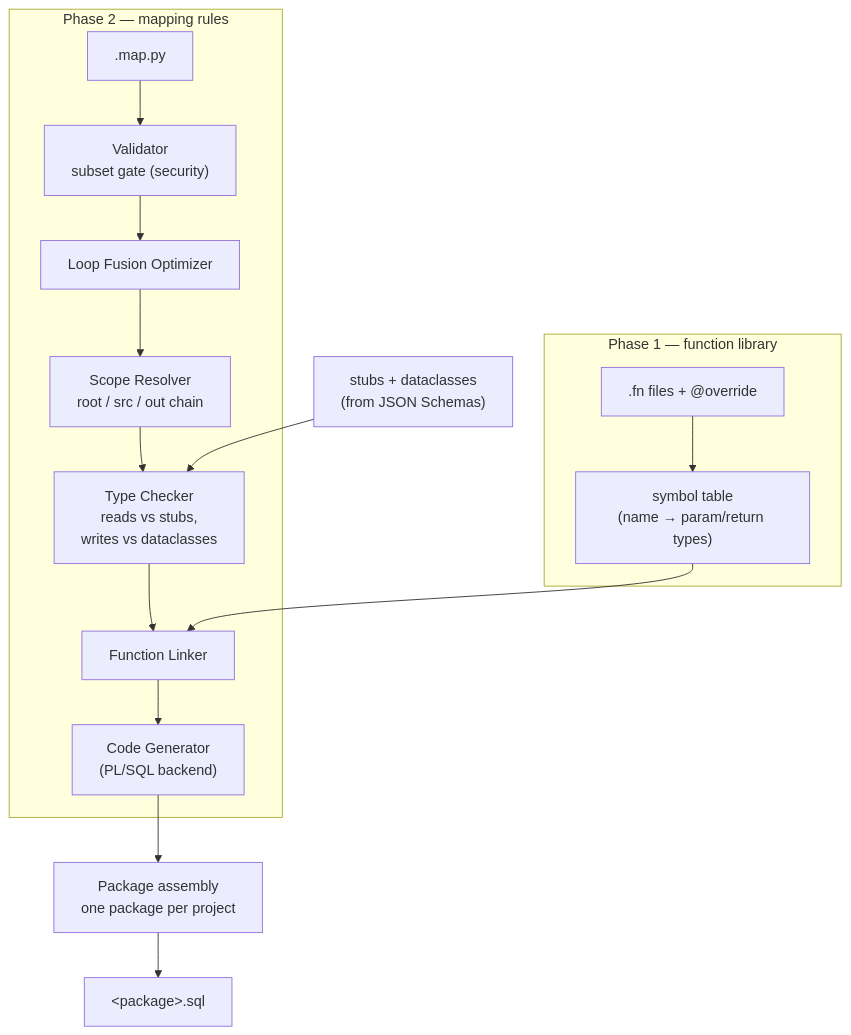
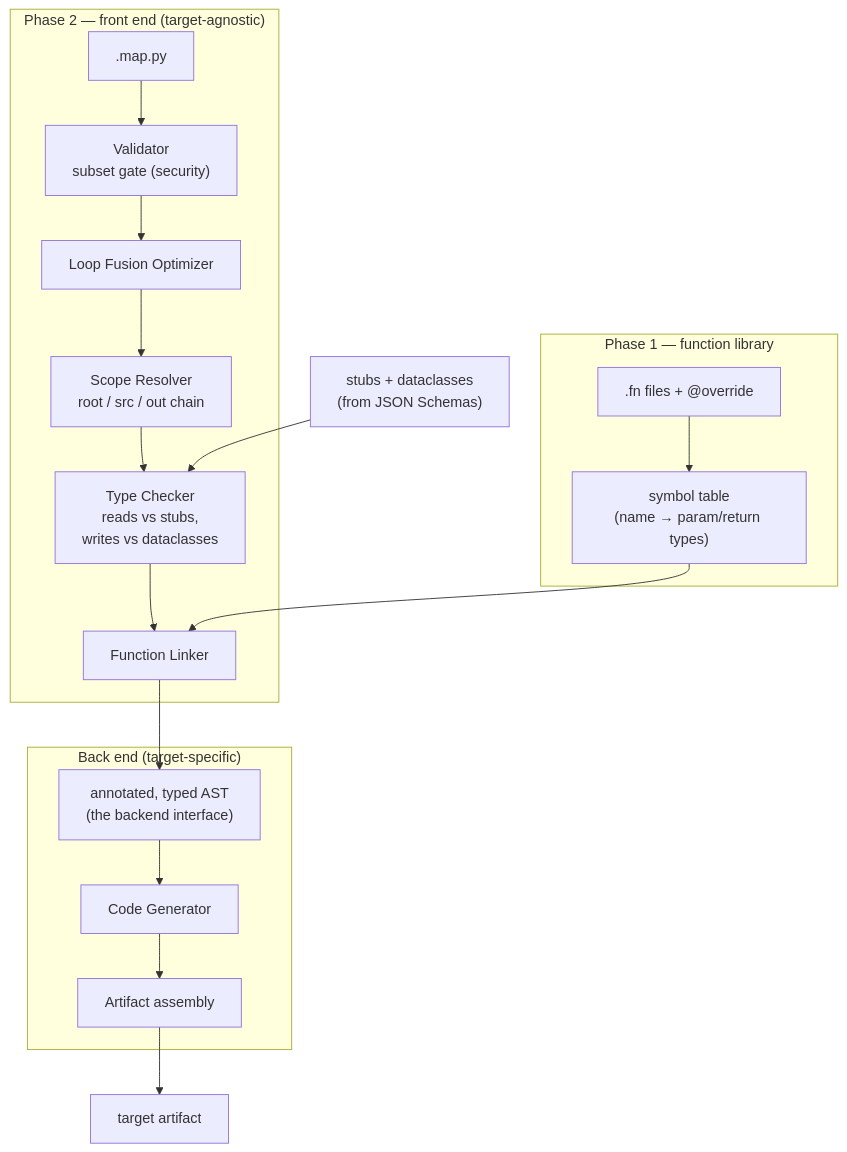
Before and after one commit to elegos/json2json-mapping-engine: the third of 7 diagrams in docs/ARCHITECTURE.md, drawn with Mermaid. The commit also changed other lines of this file and 1 other file, not shown here.

Commit message:
docs: make HLD diagrams target-agnostic; add Target backends section; backlog item for backend dispatch

````diff
--- a/docs/ARCHITECTURE.md
+++ b/docs/ARCHITECTURE.md
@@ -80,20 +90,25 @@
 ```mermaid
 flowchart TB
     subgraph phase1["Phase 1 — function library"]
         FNL[".fn files + @override"] --> SYM["symbol table<br/>(name → param/return types)"]
     end
 
-    subgraph phase2["Phase 2 — mapping rules"]
+    subgraph front["Phase 2 — front end (target-agnostic)"]
         SRC[".map.py"] --> VAL["Validator<br/>subset gate (security)"]
         VAL --> FUS["Loop Fusion Optimizer"]
         FUS --> SCOPE["Scope Resolver<br/>root / src / out chain"]
         SCOPE --> TC["Type Checker<br/>reads vs stubs,<br/>writes vs dataclasses"]
         TC --> LINK["Function Linker"]
-        LINK --> CG["Code Generator<br/>(PL/SQL backend)"]
     end
 
     STUBS["stubs + dataclasses<br/>(from JSON Schemas)"] --> TC
     SYM --> LINK
-    CG --> PKG["Package assembly<br/>one package per project"]
-    PKG --> SQL["&lt;package&gt;.sql"]
+    LINK --> IR["annotated, typed AST<br/>(the backend interface)"]
+
+    subgraph back["Back end (target-specific)"]
+        IR --> CG["Code Generator"]
+        CG --> PKG["Artifact assembly"]
+    end
+
+    PKG --> ART["target artifact"]
 ```
````
